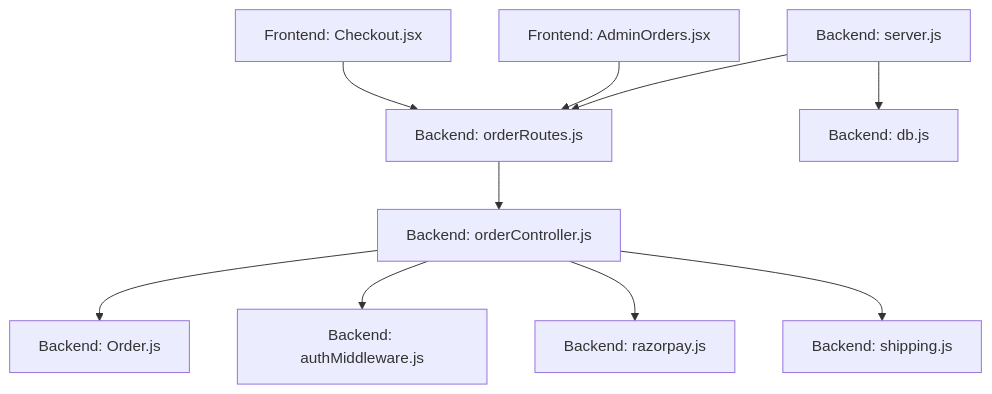
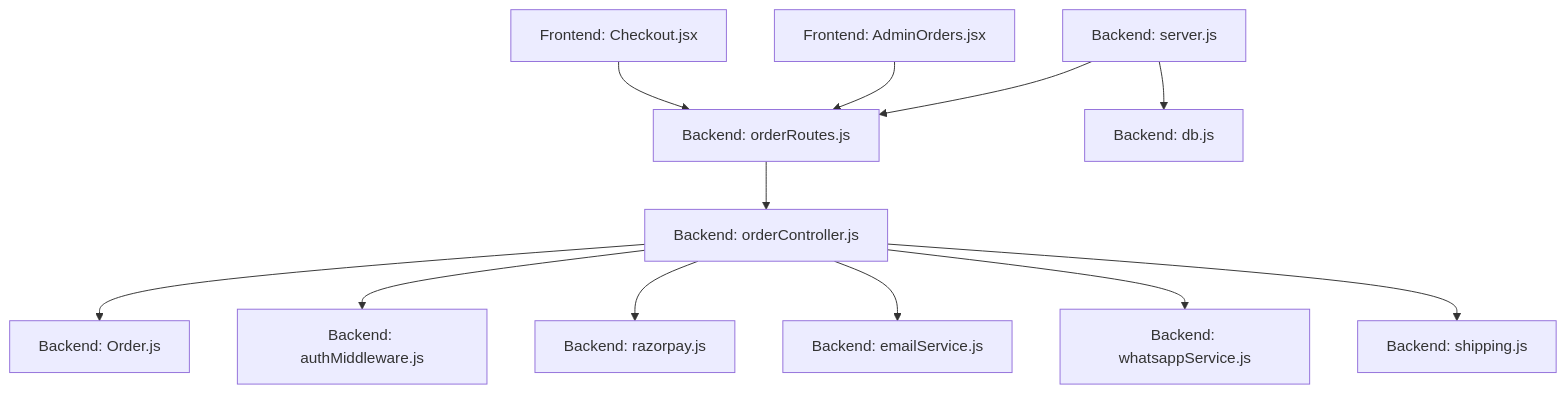
The first of 5 diagrams in .qoder/repowiki/en/content/Backend API Documentation/Order Processing API.md (Pavan-PSPK9032/TrendsandToss), drawn with Mermaid before and after one commit. The commit also changed other lines of this file and 16 other files, not shown here.

````diff
--- a/.qoder/repowiki/en/content/Backend API Documentation/Order Processing API.md
+++ b/.qoder/repowiki/en/content/Backend API Documentation/Order Processing API.md
@@ -35,12 +46,14 @@
 ```mermaid
 graph TB
 FE_Chekcout["Frontend: Checkout.jsx"] --> BE_Routes["Backend: orderRoutes.js"]
 FE_Admin["Frontend: AdminOrders.jsx"] --> BE_Routes
 BE_Routes --> BE_Controller["Backend: orderController.js"]
 BE_Controller --> BE_Model["Backend: Order.js"]
 BE_Controller --> BE_Middleware["Backend: authMiddleware.js"]
 BE_Controller --> BE_Razorpay["Backend: razorpay.js"]
+BE_Controller --> BE_Email["Backend: emailService.js"]
+BE_Controller --> BE_WA["Backend: whatsappService.js"]
 BE_Controller --> BE_Shipping["Backend: shipping.js"]
 BE_Server["Backend: server.js"] --> BE_Routes
 BE_Server --> BE_DB["Backend: db.js"]
 ```
````
